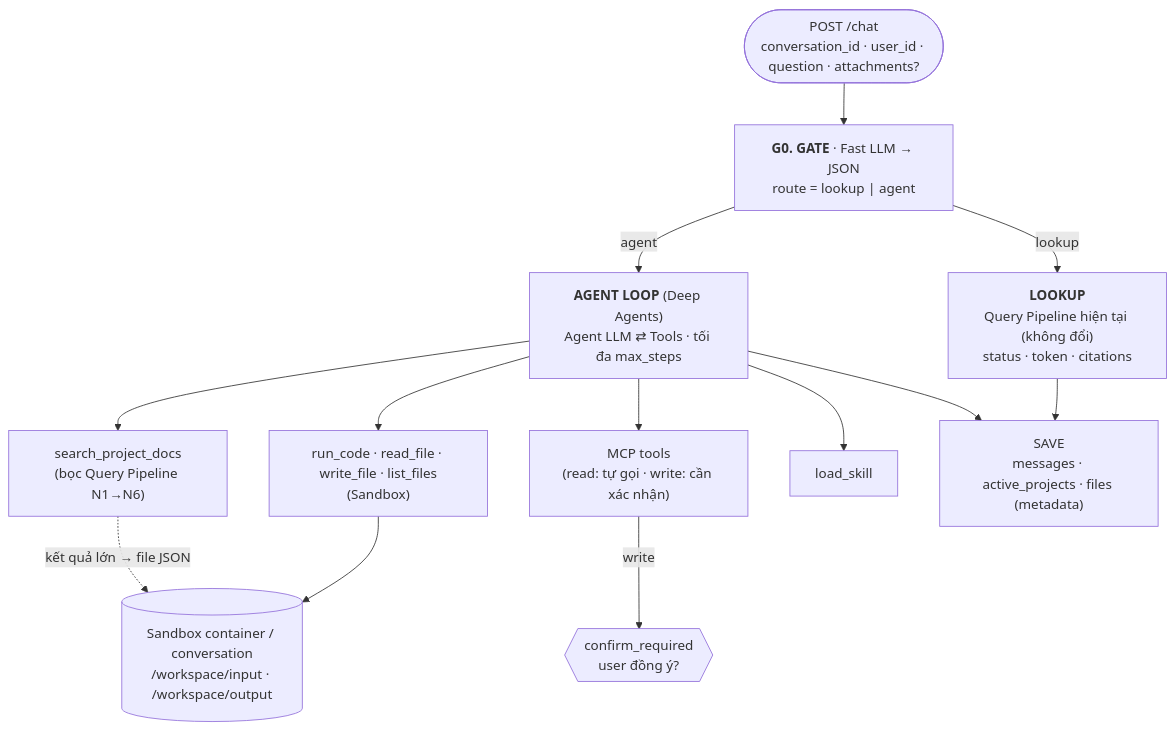
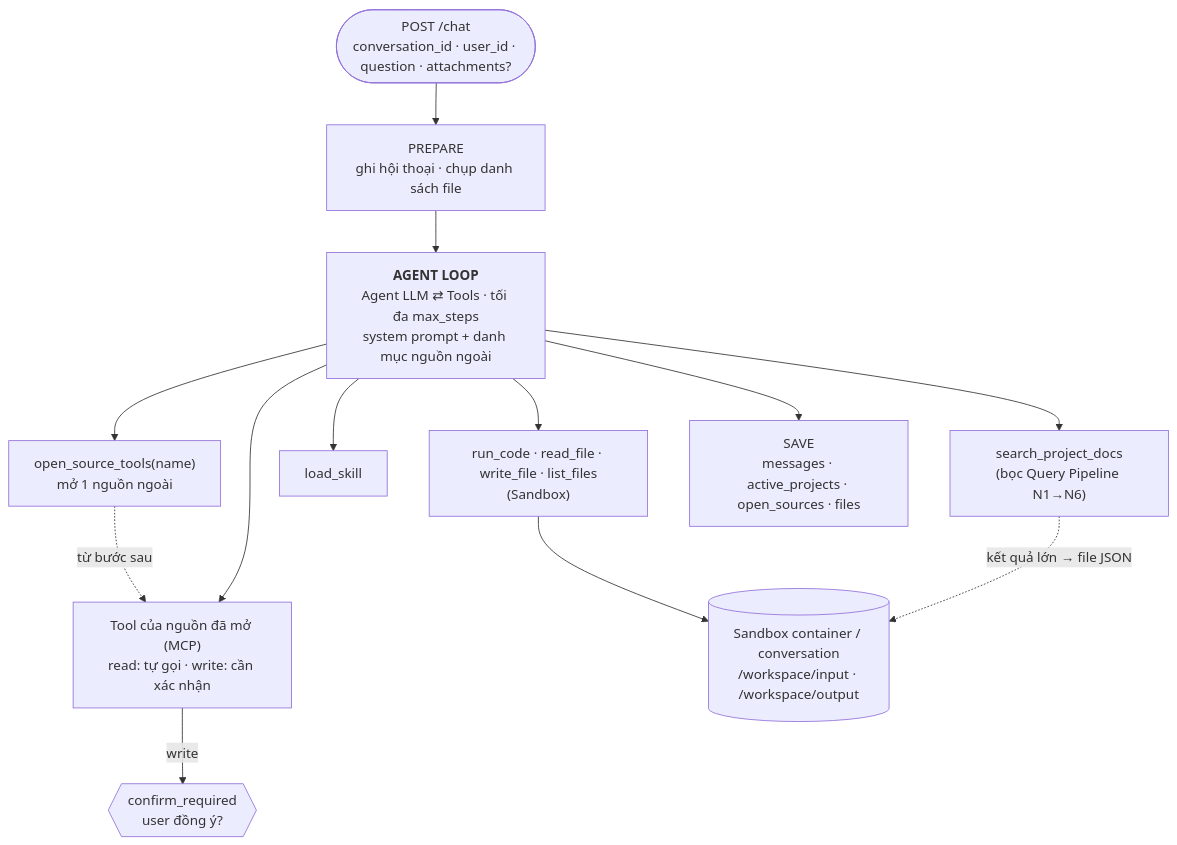
Before and after one commit to khacminhHUST/ai-spec: the diagram in docs/agent-harness.md, drawn with Mermaid. The commit also changed other lines of this file and 70 other files, not shown here.

First line of the commit message:
Bỏ Gate/lookup: 1 agent duy nhất, tra tài liệu là tool; nguồn ngoài nạp 2 tầng (danh mục + mở nguồn)

````diff
--- a/docs/agent-harness.md
+++ b/docs/agent-harness.md
@@ -18,22 +22,22 @@
 ```mermaid
 flowchart TD
     REQ(["POST /chat<br/>conversation_id · user_id · question · attachments?"])
-    GATE["<b>G0. GATE</b> · Fast LLM → JSON<br/>route = lookup | agent"]
-    LOOK["<b>LOOKUP</b><br/>Query Pipeline hiện tại (không đổi)<br/>status · token · citations"]
-    AG["<b>AGENT LOOP</b> (Deep Agents)<br/>Agent LLM ⇄ Tools · tối đa max_steps"]
+    PREP["PREPARE<br/>ghi hội thoại · chụp danh sách file"]
+    AG["<b>AGENT LOOP</b><br/>Agent LLM ⇄ Tools · tối đa max_steps<br/>system prompt + danh mục nguồn ngoài"]
     T1["search_project_docs<br/>(bọc Query Pipeline N1→N6)"]
     T2["run_code · read_file · write_file · list_files<br/>(Sandbox)"]
-    T3["MCP tools<br/>(read: tự gọi · write: cần xác nhận)"]
     T4["load_skill"]
+    T5["open_source_tools(name)<br/>mở 1 nguồn ngoài"]
+    T3["Tool của nguồn đã mở (MCP)<br/>read: tự gọi · write: cần xác nhận"]
     SB[("Sandbox container / conversation<br/>/workspace/input · /workspace/output")]
     CONF{{"confirm_required<br/>user đồng ý?"}}
-    SAVE["SAVE<br/>messages · active_projects · files (metadata)"]
-    REQ --> GATE
-    GATE -- lookup --> LOOK --> SAVE
-    GATE -- agent --> AG
-    AG --> T1 & T2 & T3 & T4
+    SAVE["SAVE<br/>messages · active_projects · open_sources · files"]
+    REQ --> PREP --> AG
+    AG --> T1 & T2 & T4 & T5
+    T5 -. "từ bước sau" .-> T3
+    AG --> T3
     T2 --> SB
     T1 -. "kết quả lớn → file JSON" .-> SB
     T3 -- write --> CONF
     AG --> SAVE
 ```
````
